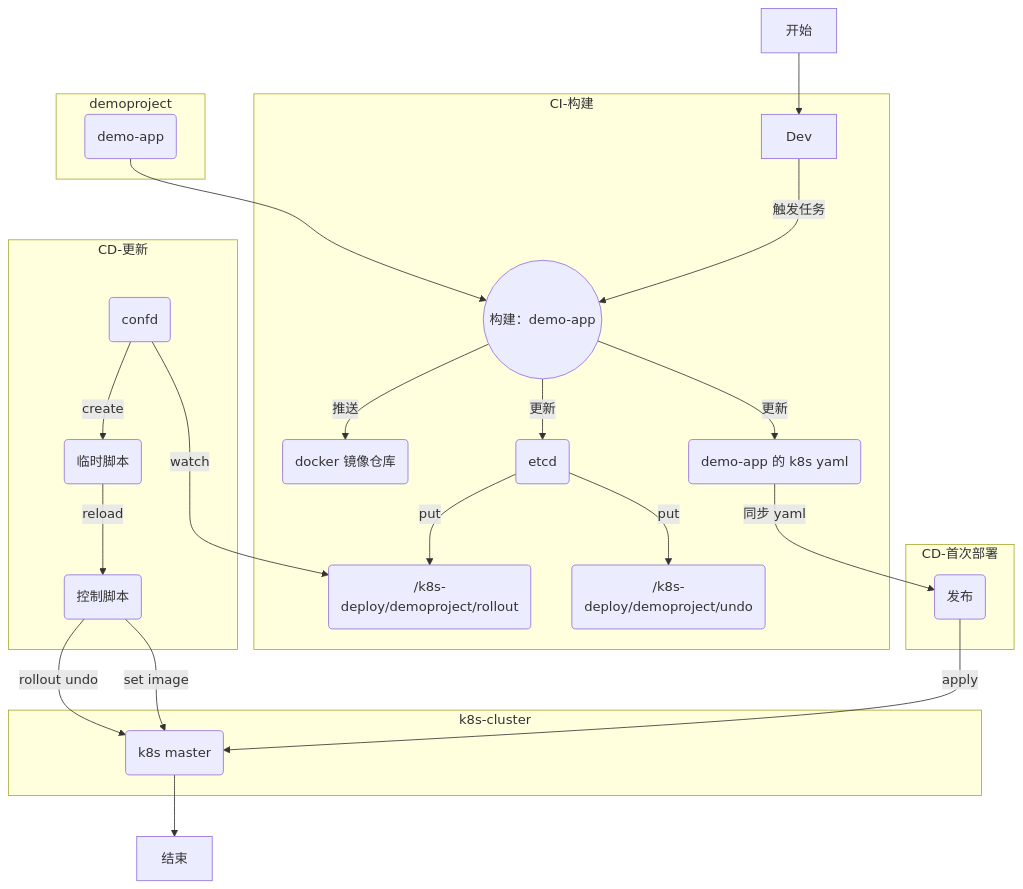
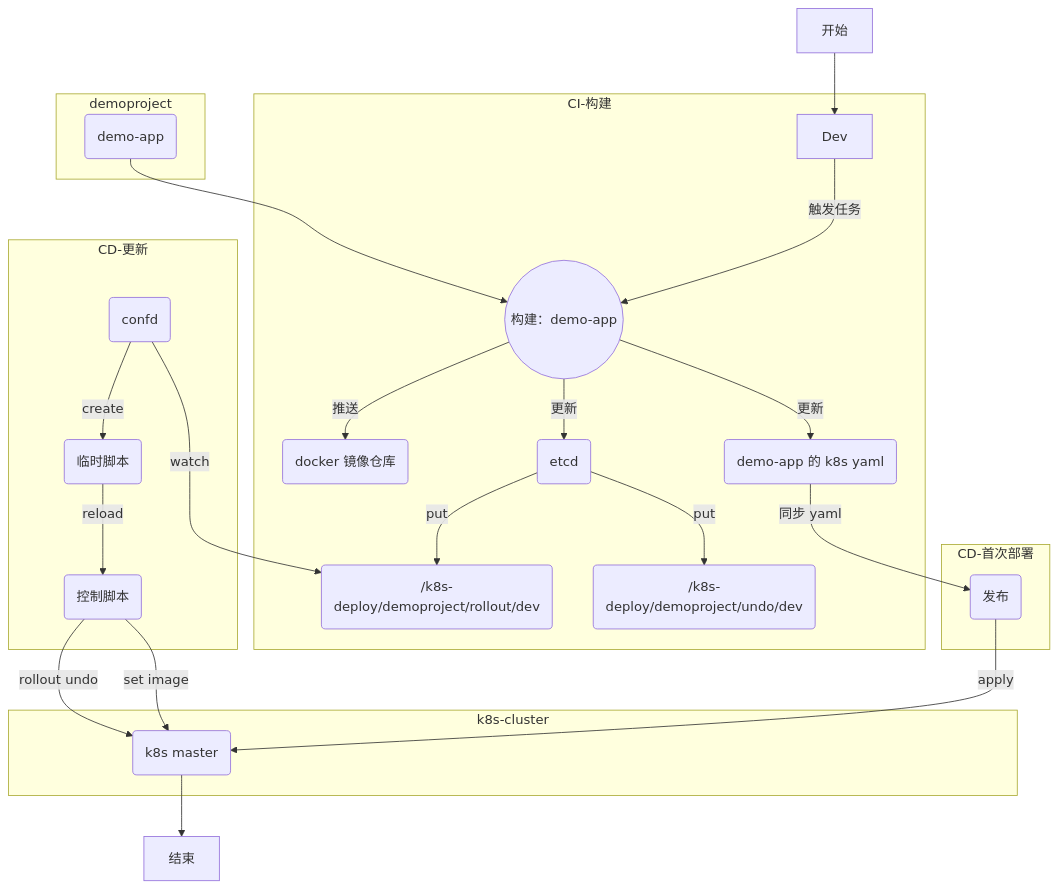
Before and after one commit to opera443399/ops: the diagram in doc/CLOUD/k8s/k8s集群部署手册/CICD-如何部署到k8s集群中.md, drawn with Mermaid. The commit also changed other lines of this file and 3 other files, not shown here.

````diff
--- a/doc/CLOUD/k8s/k8s集群部署手册/CICD-如何部署到k8s集群中.md
+++ b/doc/CLOUD/k8s/k8s集群部署手册/CICD-如何部署到k8s集群中.md
@@ -23,37 +23,37 @@
 ```mermaid
 graph TB;
   开始-->Dev;
 
   subgraph CI-构建
     Dev -- 触发任务 --> CI操作(("构建：demo-app"))
 
     CI操作 -- 推送 --> E02("docker 镜像仓库")
     CI操作 -- 更新 --> E03("demo-app 的 k8s yaml")
     CI操作 -- 更新 --> E04("etcd")
-    E04 -- put --> E05("/k8s-deploy/demoproject/rollout")
-    E04 -- put --> E06("/k8s-deploy/demoproject/undo")
+    E04 -- put --> E05("/k8s-deploy/demoproject/rollout/dev")
+    E04 -- put --> E06("/k8s-deploy/demoproject/undo/dev")
   end
 
   subgraph demoproject
     E11("demo-app") --> CI操作
   end
 
   subgraph k8s-cluster
     E21("k8s master")
   end
 
   subgraph CD-首次部署
     E03 -- 同步 yaml --> E31("发布")
     E31("发布") -- apply --> E21
   end
 
   subgraph CD-更新
     E41("confd") -- watch --> E05
     E41 -- create --> E42("临时脚本")
     E42 -- reload --> E43("控制脚本")
     E43 -- set image --> E21
     E43 -- rollout undo --> E21
   end
 
   E21 --> 结束
 ```
````
